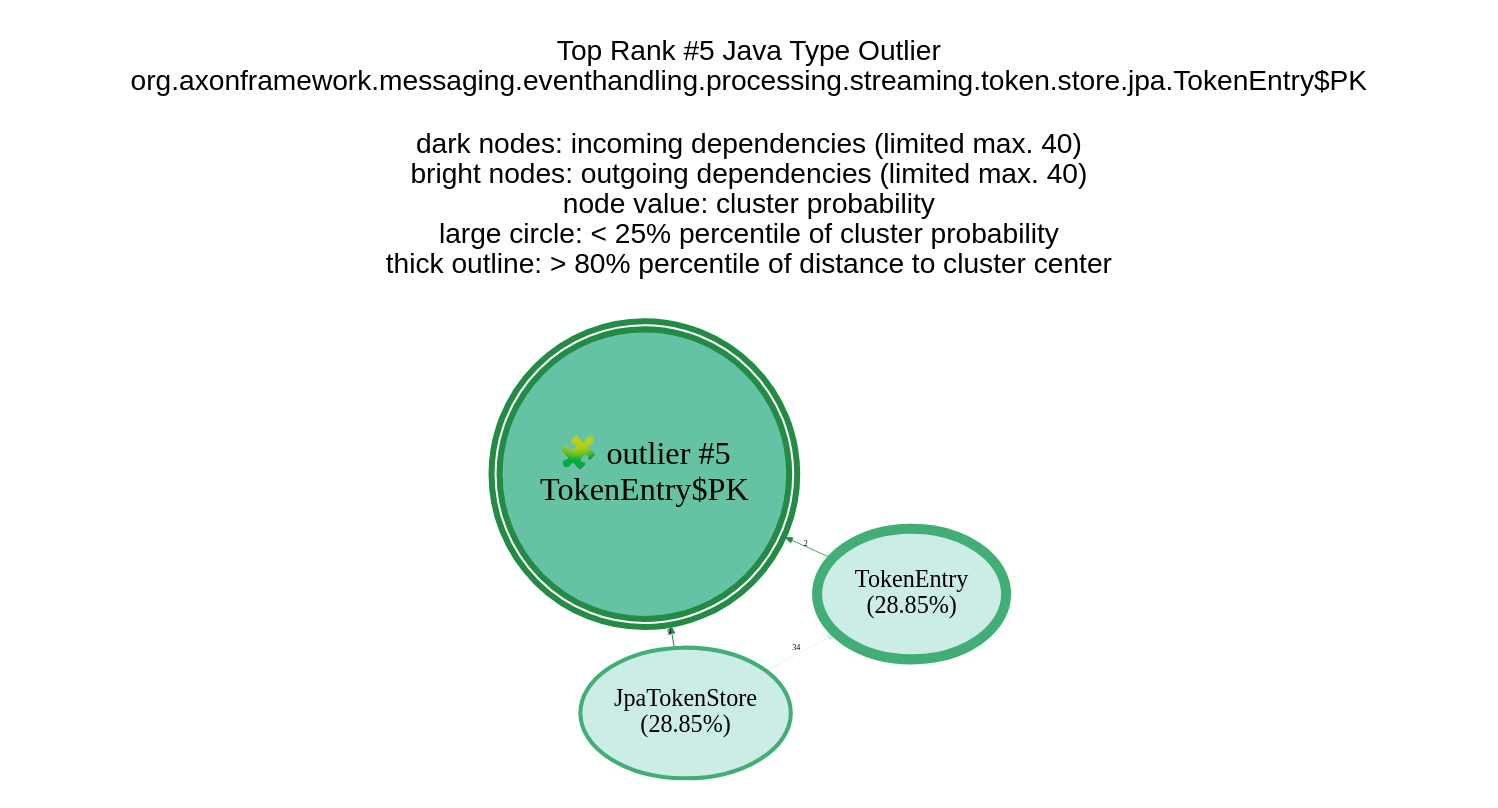
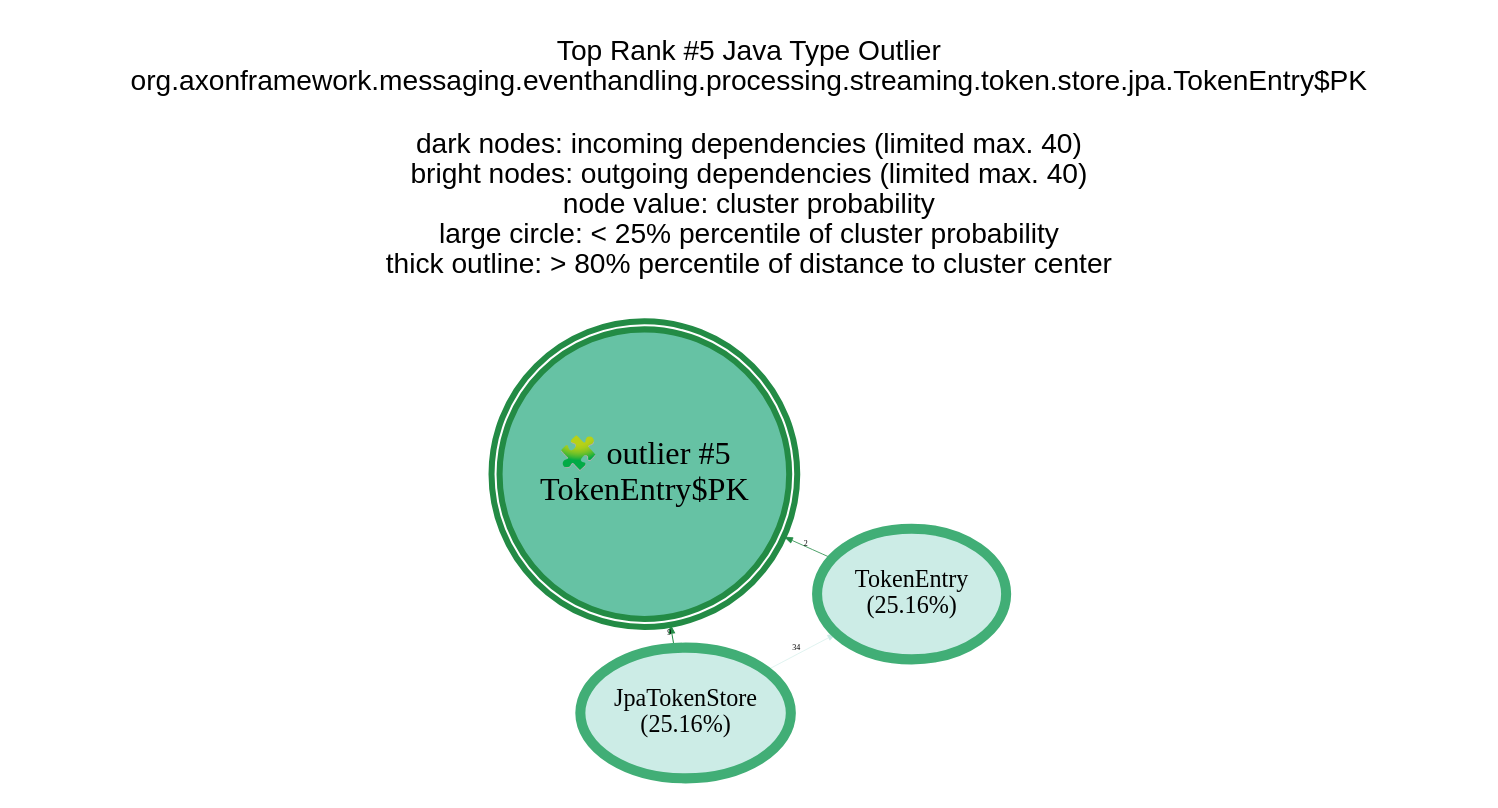
Before and after one commit to JohT/code-graph-analysis-examples: the diagram in analysis-results/AxonFramework/AxonFramework-5.1.1/anomaly-detection/Java_Type/GraphVisualizations/graphviz/TopOutlier5.gv, drawn with Graphviz. The commit also changed 827 other files, not shown here.

```diff
--- a/analysis-results/AxonFramework/AxonFramework-5.1.1/anomaly-detection/Java_Type/GraphVisualizations/graphviz/TopOutlier5.gv
+++ b/analysis-results/AxonFramework/AxonFramework-5.1.1/anomaly-detection/Java_Type/GraphVisualizations/graphviz/TopOutlier5.gv
@@ -1,20 +1,20 @@
 // This GraphViz dot file was generated by the script convertQueryResultCsvToGraphVizDotFile.sh with TopCentral.template
 
 strict digraph TopOutlier5 {
     graph [layout = "fdp"; start = "7"; splines = "spline"; pad = "0.8,0.1"; outputorder = "edgesfirst";];
     graph [fontname = "Helvetica,Arial,sans-serif"; labelloc = "t";];
     node [colorscheme = "bugn9"; color = 6; fillcolor = 3;];
     edge [colorscheme = "bugn9"; color = 7;];
     node [fontsize = 12; style = "filled"; margin = "0.03,0.03"; width="1.3"; height="0.9";];
     edge [fontsize = 4; arrowsize = "0.4";];
 
     central [shape = "doublecircle"; height = "2.0"; margin = "0.000001,0.000001";];
     central [fontsize = 16;];
     central [color = 7; fillcolor = 5; penwidth = 3;];
 
 	graph   [label="Top Rank #5 Java Type Outlier\norg.axonframework.messaging.eventhandling.processing.streaming.token.store.jpa.TokenEntry$PK\n\ndark nodes: incoming dependencies (limited max. 40)\nbright nodes: outgoing dependencies (limited max. 40)\nnode value: cluster probability\nlarge circle: < 25% percentile of cluster probability\nthick outline: > 80% percentile of distance to cluster center\n\n"];
 	central [label="🧩 outlier #5\nTokenEntry$PK"];
-	"JpaTokenStore_7318"  [label = "JpaTokenStore\n(28.85%)"; penwidth = 2; ]; "JpaTokenStore_7318" -> central [label=9; weight=9; penwidth=0.5];
-	"TokenEntry_7316"  [label = "TokenEntry\n(28.85%)"; penwidth = 5; ]; "TokenEntry_7316" -> central [label=2; weight=2; penwidth=0.4];
+	"JpaTokenStore_7318"  [label = "JpaTokenStore\n(25.16%)"; penwidth = 5; ]; "JpaTokenStore_7318" -> central [label=9; weight=9; penwidth=0.5];
+	"TokenEntry_7316"  [label = "TokenEntry\n(25.16%)"; penwidth = 5; ]; "TokenEntry_7316" -> central [label=2; weight=2; penwidth=0.4];
 	"JpaTokenStore_7318" -> "TokenEntry_7316" [label=34; weight=34; penwidth=0.3; color = 3]
 }
```
